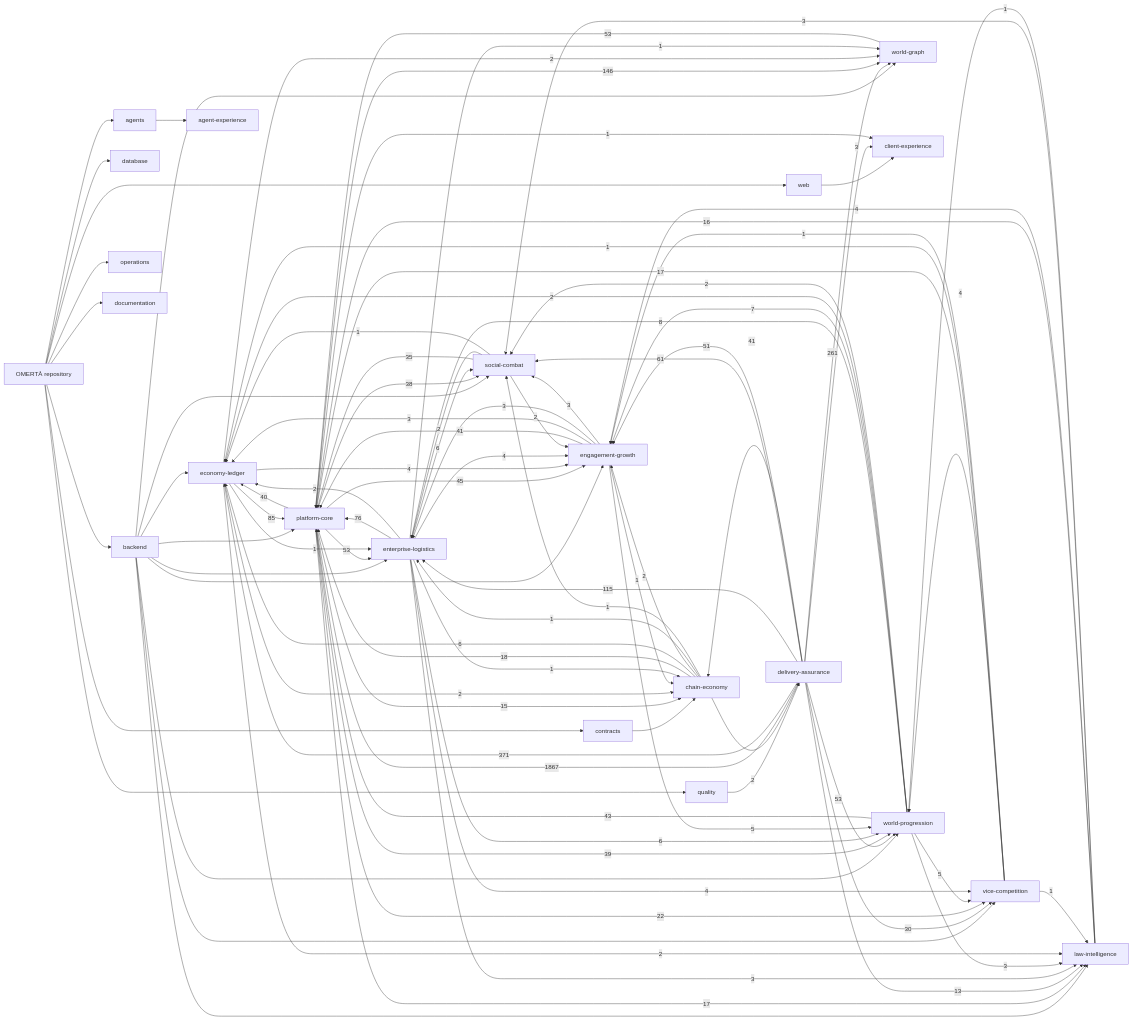
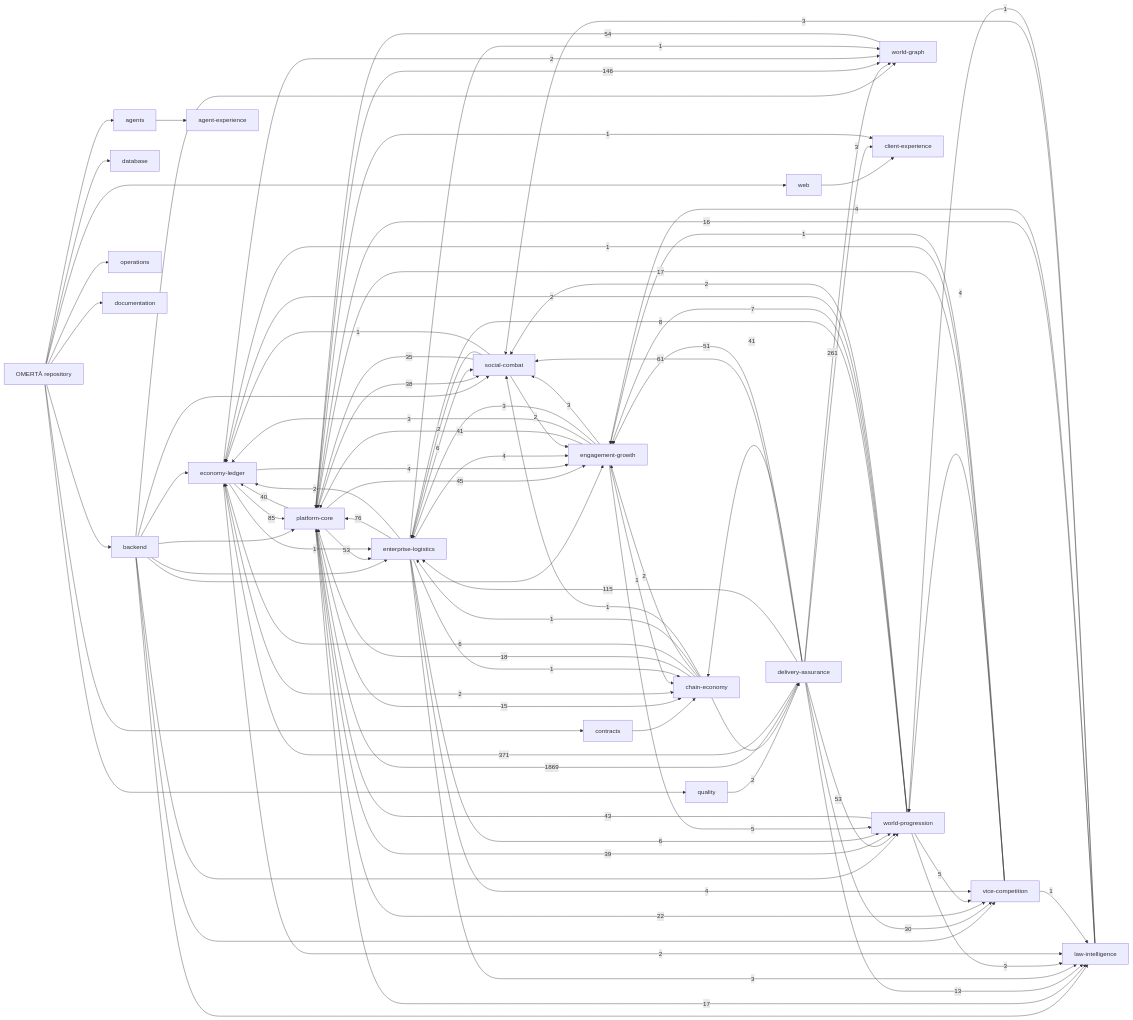
Before and after one commit to OmertaDev/Omerta: the diagram in knowledge/generated/graph.mmd, drawn with Mermaid. The commit also changed 4 other files, not shown here.

```diff
--- a/knowledge/generated/graph.mmd
+++ b/knowledge/generated/graph.mmd
@@ -1,113 +1,113 @@
 flowchart LR
   repo["OMERTÀ repository"]
   sub_backend["backend"]
   repo --> sub_backend
   sub_database["database"]
   repo --> sub_database
   sub_web["web"]
   repo --> sub_web
   sub_contracts["contracts"]
   repo --> sub_contracts
   sub_agents["agents"]
   repo --> sub_agents
   sub_quality["quality"]
   repo --> sub_quality
   sub_operations["operations"]
   repo --> sub_operations
   sub_documentation["documentation"]
   repo --> sub_documentation
   dom_platform-core["platform-core"]
   dom_economy-ledger["economy-ledger"]
   dom_social-combat["social-combat"]
   dom_world-progression["world-progression"]
   dom_world-graph["world-graph"]
   dom_enterprise-logistics["enterprise-logistics"]
   dom_vice-competition["vice-competition"]
   dom_law-intelligence["law-intelligence"]
   dom_chain-economy["chain-economy"]
   dom_engagement-growth["engagement-growth"]
   dom_client-experience["client-experience"]
   dom_agent-experience["agent-experience"]
   dom_delivery-assurance["delivery-assurance"]
   sub_agents --> dom_agent-experience
   sub_backend --> dom_economy-ledger
   sub_backend --> dom_engagement-growth
   sub_backend --> dom_enterprise-logistics
   sub_backend --> dom_law-intelligence
   sub_backend --> dom_platform-core
   sub_backend --> dom_social-combat
   sub_backend --> dom_vice-competition
   sub_backend --> dom_world-graph
   sub_backend --> dom_world-progression
   sub_contracts --> dom_chain-economy
   sub_quality --> dom_delivery-assurance
   sub_web --> dom_client-experience
-  dom_delivery-assurance -->|1867| dom_platform-core
+  dom_delivery-assurance -->|1869| dom_platform-core
   dom_delivery-assurance -->|371| dom_economy-ledger
   dom_delivery-assurance -->|261| dom_world-graph
   dom_platform-core -->|146| dom_world-graph
   dom_delivery-assurance -->|115| dom_enterprise-logistics
   dom_economy-ledger -->|85| dom_platform-core
   dom_enterprise-logistics -->|76| dom_platform-core
   dom_delivery-assurance -->|61| dom_social-combat
+  dom_world-graph -->|54| dom_platform-core
   dom_delivery-assurance -->|53| dom_world-progression
   dom_platform-core -->|53| dom_enterprise-logistics
-  dom_world-graph -->|53| dom_platform-core
   dom_delivery-assurance -->|51| dom_engagement-growth
   dom_platform-core -->|45| dom_engagement-growth
   dom_world-progression -->|43| dom_platform-core
   dom_delivery-assurance -->|41| dom_chain-economy
   dom_engagement-growth -->|41| dom_platform-core
   dom_platform-core -->|40| dom_economy-ledger
   dom_platform-core -->|39| dom_world-progression
   dom_platform-core -->|38| dom_social-combat
   dom_social-combat -->|35| dom_platform-core
   dom_delivery-assurance -->|30| dom_vice-competition
   dom_platform-core -->|22| dom_vice-competition
   dom_chain-economy -->|18| dom_platform-core
   dom_platform-core -->|17| dom_law-intelligence
   dom_vice-competition -->|17| dom_platform-core
   dom_law-intelligence -->|16| dom_platform-core
   dom_platform-core -->|15| dom_chain-economy
   dom_delivery-assurance -->|13| dom_law-intelligence
   dom_world-progression -->|8| dom_enterprise-logistics
   dom_world-progression -->|7| dom_engagement-growth
   dom_chain-economy -->|6| dom_economy-ledger
   dom_enterprise-logistics -->|6| dom_social-combat
   dom_enterprise-logistics -->|6| dom_world-progression
   dom_engagement-growth -->|5| dom_world-progression
   dom_world-progression -->|5| dom_vice-competition
   dom_economy-ledger -->|4| dom_engagement-growth
   dom_enterprise-logistics -->|4| dom_engagement-growth
   dom_enterprise-logistics -->|4| dom_vice-competition
   dom_law-intelligence -->|4| dom_engagement-growth
   dom_vice-competition -->|4| dom_world-progression
   dom_delivery-assurance -->|3| dom_client-experience
   dom_engagement-growth -->|3| dom_economy-ledger
   dom_engagement-growth -->|3| dom_enterprise-logistics
   dom_engagement-growth -->|3| dom_social-combat
   dom_enterprise-logistics -->|3| dom_law-intelligence
   dom_law-intelligence -->|3| dom_social-combat
   dom_world-progression -->|3| dom_law-intelligence
   dom_chain-economy -->|2| dom_delivery-assurance
   dom_chain-economy -->|2| dom_engagement-growth
   dom_economy-ledger -->|2| dom_chain-economy
   dom_economy-ledger -->|2| dom_law-intelligence
   dom_economy-ledger -->|2| dom_world-graph
   dom_enterprise-logistics -->|2| dom_economy-ledger
   dom_social-combat -->|2| dom_engagement-growth
   dom_social-combat -->|2| dom_enterprise-logistics
   dom_world-progression -->|2| dom_economy-ledger
   dom_world-progression -->|2| dom_social-combat
   dom_chain-economy -->|1| dom_enterprise-logistics
   dom_chain-economy -->|1| dom_social-combat
   dom_economy-ledger -->|1| dom_enterprise-logistics
   dom_engagement-growth -->|1| dom_chain-economy
   dom_enterprise-logistics -->|1| dom_chain-economy
   dom_enterprise-logistics -->|1| dom_world-graph
   dom_law-intelligence -->|1| dom_world-progression
   dom_platform-core -->|1| dom_client-experience
   dom_social-combat -->|1| dom_economy-ledger
   dom_vice-competition -->|1| dom_economy-ledger
   dom_vice-competition -->|1| dom_engagement-growth
   dom_vice-competition -->|1| dom_law-intelligence
```
